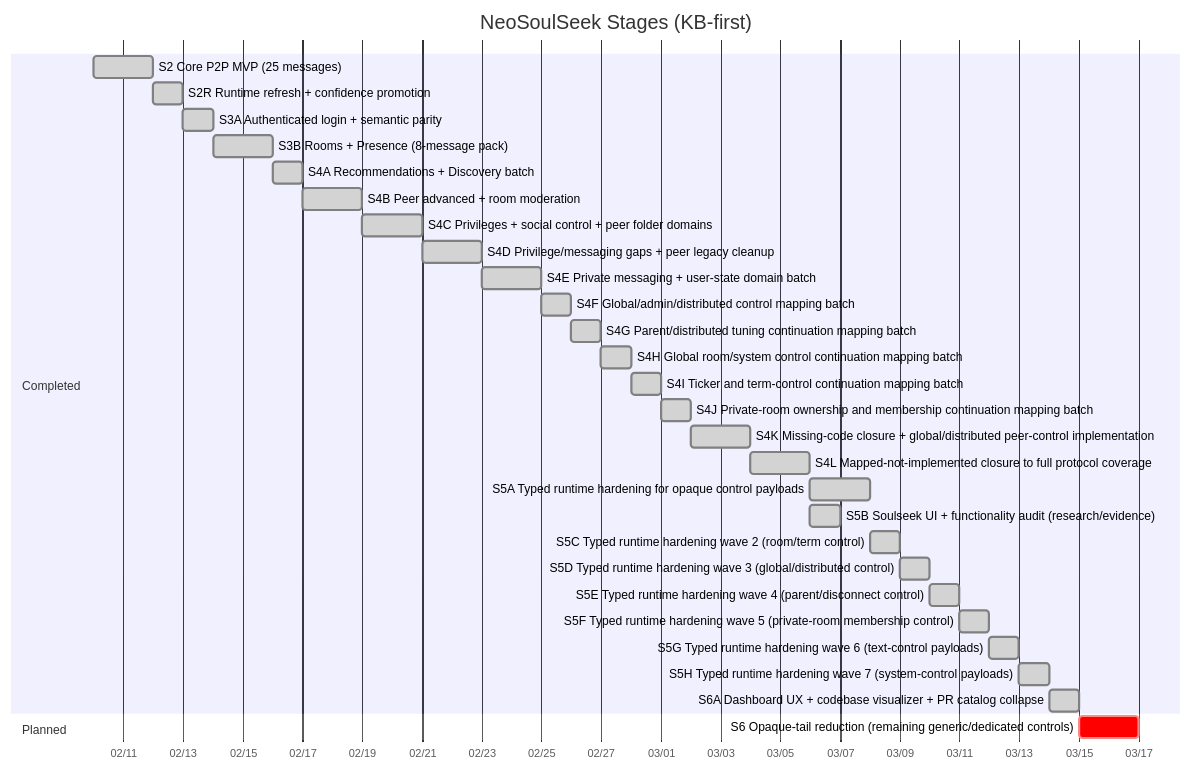
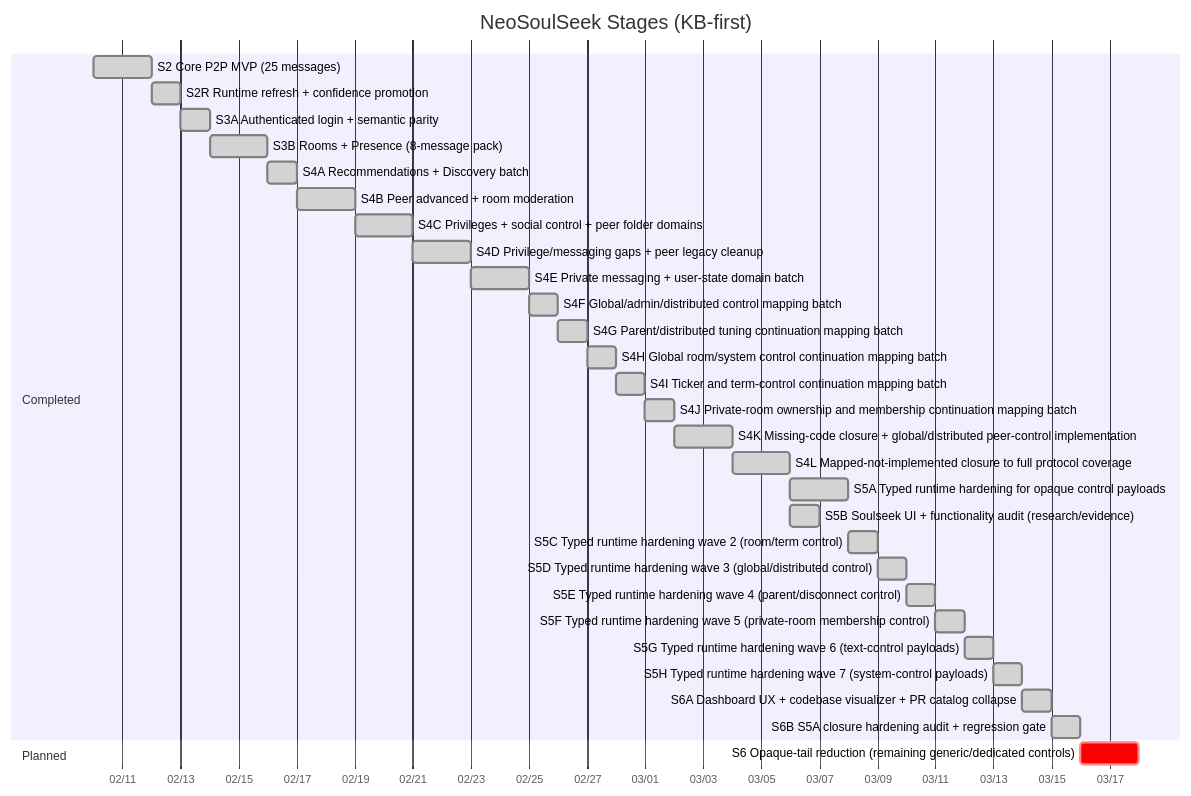
Before and after one commit to fedejinich/nss: the first of 5 diagrams in docs/state/roadmap.md, drawn with Mermaid. The commit also changed other lines of this file and 19 other files, not shown here.

Commit message:
state: add executable S5A closure audit and regression gate

````diff
--- a/docs/state/roadmap.md
+++ b/docs/state/roadmap.md
@@ -15,34 +16,35 @@
 ```mermaid
 gantt
     title NeoSoulSeek Stages (KB-first)
     dateFormat  YYYY-MM-DD
     axisFormat  %m/%d
     section Completed
     S2 Core P2P MVP (25 messages) :done, s2, 2026-02-10, 2d
     S2R Runtime refresh + confidence promotion :done, s2r, after s2, 1d
     S3A Authenticated login + semantic parity :done, s3a, after s2r, 1d
     S3B Rooms + Presence (8-message pack) :done, s3b, 2026-02-14, 2d
     S4A Recommendations + Discovery batch :done, s4a, after s3b, 1d
     S4B Peer advanced + room moderation :done, s4b, after s4a, 2d
     S4C Privileges + social control + peer folder domains :done, s4c, after s4b, 2d
     S4D Privilege/messaging gaps + peer legacy cleanup :done, s4d, after s4c, 2d
     S4E Private messaging + user-state domain batch :done, s4e, after s4d, 2d
     S4F Global/admin/distributed control mapping batch :done, s4f, after s4e, 1d
     S4G Parent/distributed tuning continuation mapping batch :done, s4g, after s4f, 1d
     S4H Global room/system control continuation mapping batch :done, s4h, after s4g, 1d
     S4I Ticker and term-control continuation mapping batch :done, s4i, after s4h, 1d
     S4J Private-room ownership and membership continuation mapping batch :done, s4j, after s4i, 1d
     S4K Missing-code closure + global/distributed peer-control implementation :done, s4k, after s4j, 2d
     S4L Mapped-not-implemented closure to full protocol coverage :done, s4l, after s4k, 2d
     S5A Typed runtime hardening for opaque control payloads :done, s5a, after s4l, 2d
     S5B Soulseek UI + functionality audit (research/evidence) :done, s5b, after s4l, 1d
     S5C Typed runtime hardening wave 2 (room/term control) :done, s5c, after s5a, 1d
     S5D Typed runtime hardening wave 3 (global/distributed control) :done, s5d, after s5c, 1d
     S5E Typed runtime hardening wave 4 (parent/disconnect control) :done, s5e, after s5d, 1d
     S5F Typed runtime hardening wave 5 (private-room membership control) :done, s5f, after s5e, 1d
     S5G Typed runtime hardening wave 6 (text-control payloads) :done, s5g, after s5f, 1d
     S5H Typed runtime hardening wave 7 (system-control payloads) :done, s5h, after s5g, 1d
     S6A Dashboard UX + codebase visualizer + PR catalog collapse :done, s6a, after s5h, 1d
+    S6B S5A closure hardening audit + regression gate :done, s6b, after s6a, 1d
     section Planned
-    S6 Opaque-tail reduction (remaining generic/dedicated controls) :crit, s6, after s6a, 2d
+    S6 Opaque-tail reduction (remaining generic/dedicated controls) :crit, s6, after s6b, 2d
 ```
````
